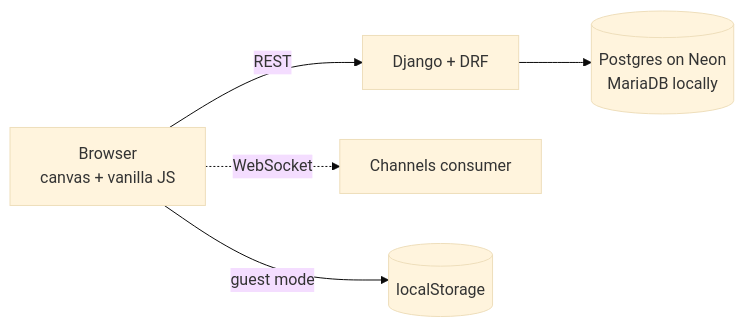
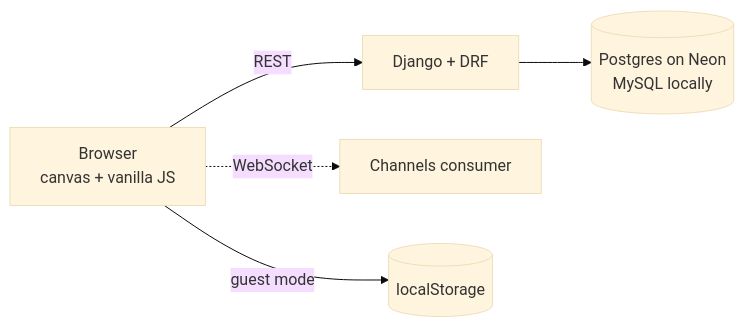
One commit to perwez-akhtar/sketchsaathi changed the diagram in README.md. Above: the diagram before and after it, drawn with Mermaid (base theme). The commit also changed other lines of this file, not shown here.

Commit message:
Mention MySQL in README

````diff
--- a/README.md
+++ b/README.md
@@ -73,7 +73,7 @@
 ```mermaid
 flowchart LR
   B[Browser<br/>canvas + vanilla JS] -- REST --> D[Django + DRF]
   B -. WebSocket .-> C[Channels consumer]
-  D --> P[(Postgres on Neon<br/>MariaDB locally)]
+  D --> P[(Postgres on Neon<br/>MySQL locally)]
   B -- guest mode --> L[(localStorage)]
 ```
````
